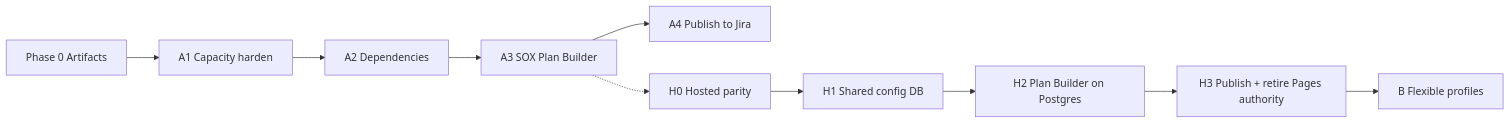
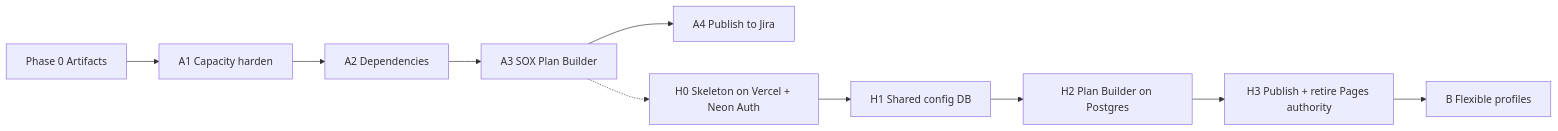
Before and after one commit to inaayat/one-more-column: the diagram in BUILD_PLAN.md, drawn with Mermaid. The commit also changed other lines of this file and 2 other files, not shown here.

First line of the commit message:
Revise plan for inaayat.xyz path proxy + Neon Auth

````diff
--- a/BUILD_PLAN.md
+++ b/BUILD_PLAN.md
@@ -24,12 +25,12 @@
 ```mermaid
 flowchart LR
   P0[Phase 0 Artifacts] --> A1[A1 Capacity harden]
   A1 --> A2[A2 Dependencies]
   A2 --> A3[A3 SOX Plan Builder]
   A3 --> A4[A4 Publish to Jira]
-  A3 -.-> H0[H0 Hosted parity]
+  A3 -.-> H0[H0 Skeleton on Vercel + Neon Auth]
   H0 --> H1[H1 Shared config DB]
   H1 --> H2[H2 Plan Builder on Postgres]
   H2 --> H3[H3 Publish + retire Pages authority]
   H3 --> B1[B Flexible profiles]
 ```
````
